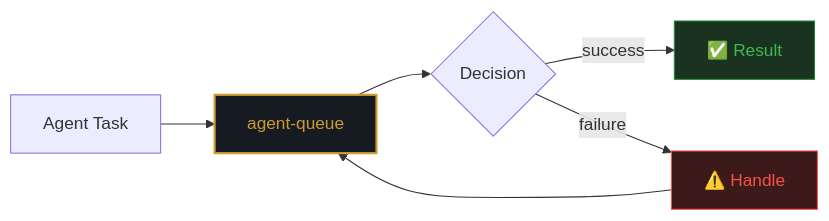
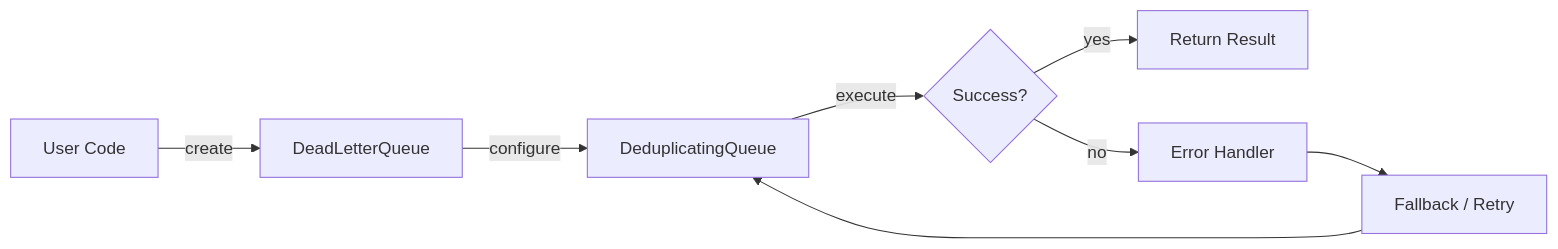
The first of 2 diagrams in README.md (darshjme/agent-queue), drawn with Mermaid before and after one commit. The commit also changed other lines of this file and 1 other file, not shown here.

````diff
--- a/README.md
+++ b/README.md
@@ -59,12 +89,10 @@
 ```mermaid
 flowchart LR
-    A[Agent Task] --> B[agent-queue]
-    B --> C{Decision}
-    C -->|success| D[✅ Result]
-    C -->|failure| E[⚠️ Handle]
-    E --> B
-
-    style B fill:#161b22,stroke:#cc9933,stroke-width:2,color:#cc9933
-    style D fill:#1a3320,stroke:#238636,color:#3fb950
-    style E fill:#3d1a1a,stroke:#f85149,color:#f85149
+    A[User Code] -->|create| B[DeadLetterQueue]
+    B -->|configure| C[DeduplicatingQueue]
+    C -->|execute| D{Success?}
+    D -->|yes| E[Return Result]
+    D -->|no| F[Error Handler]
+    F --> G[Fallback / Retry]
+    G --> C
 ```
````
